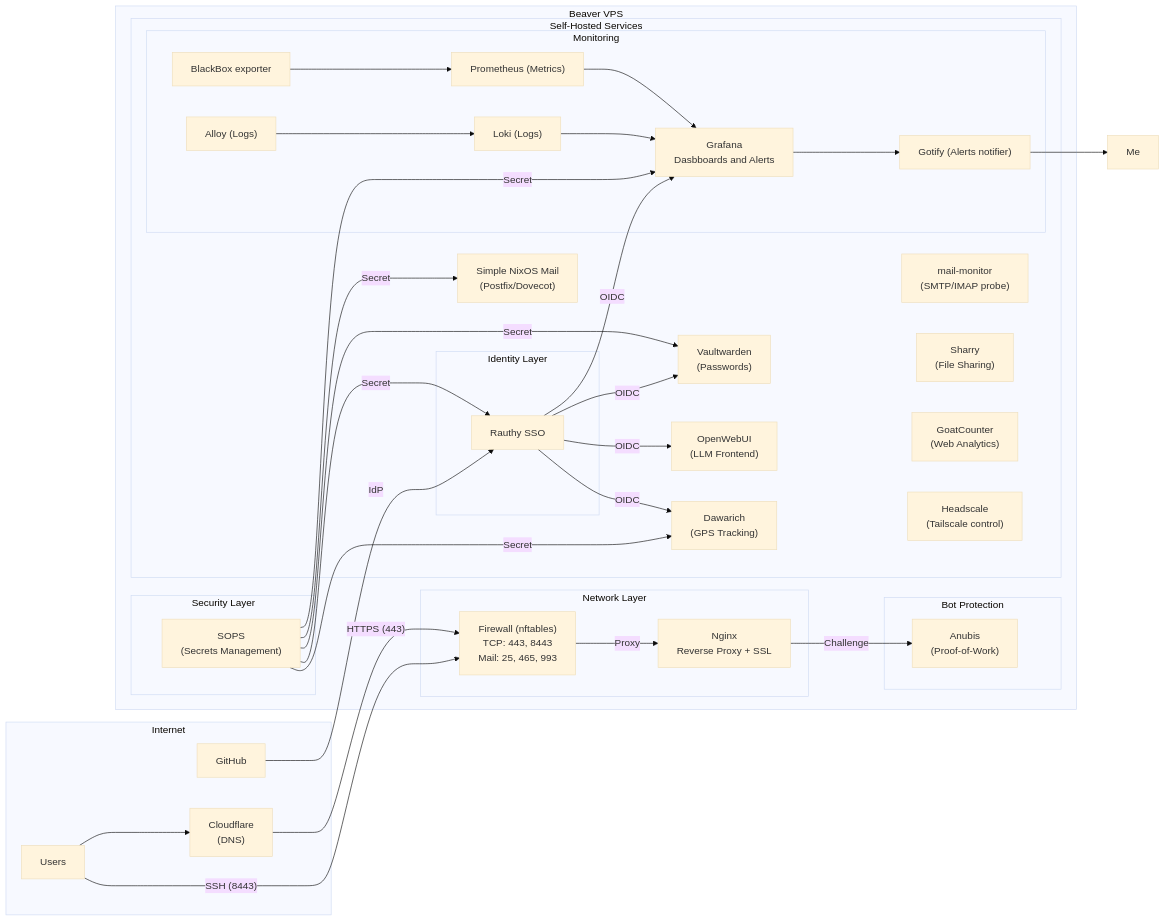
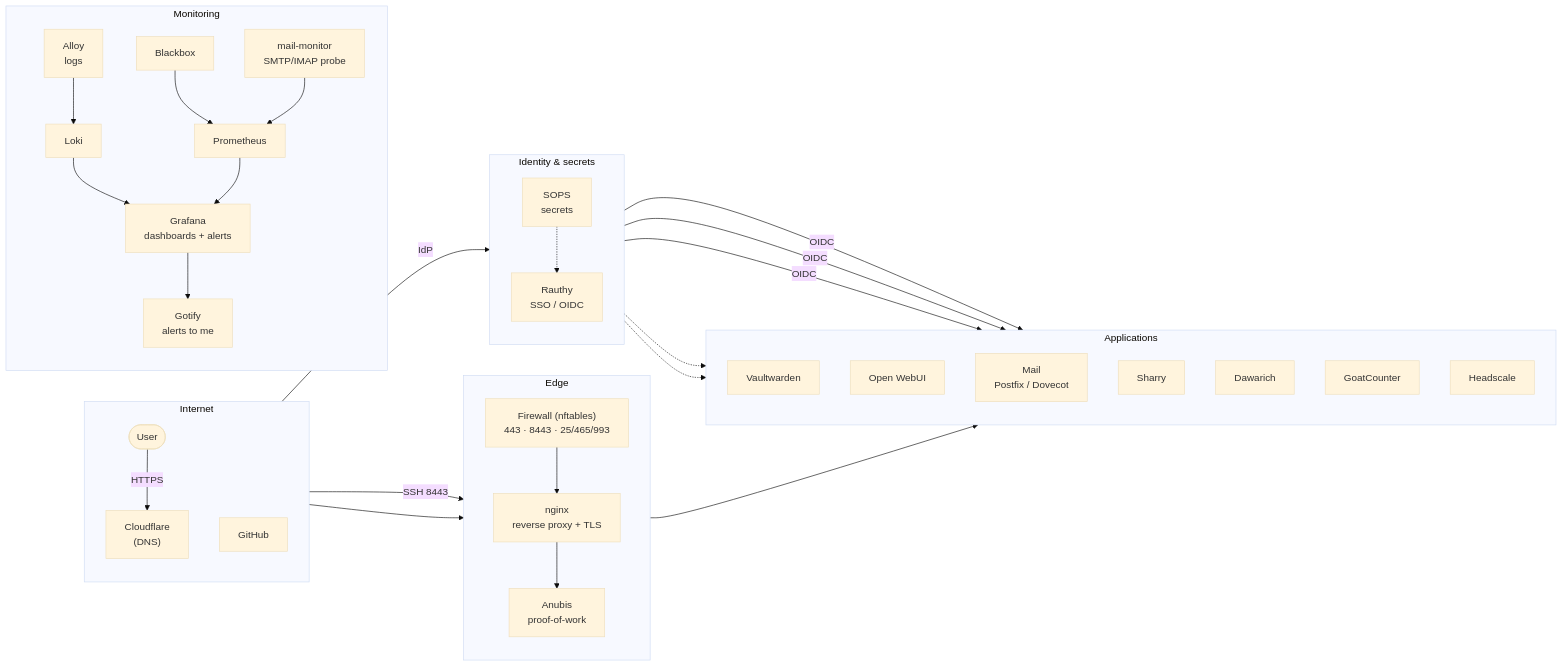
One commit to JustAlternate/nixcfg changed the diagram in README.md. Above: the diagram before and after it, drawn with Mermaid (base theme). The commit also changed 4 other files, not shown here.

First line of the commit message:
redesign beaver infra diagram; remove osu-lazer-telemetry

````diff
--- a/README.md
+++ b/README.md
@@ -39,85 +39,58 @@
 ```mermaid
 flowchart LR
-    Me["Me"]
-    subgraph Internet["Internet"]
-        Users["Users"]
-        GitHub["GitHub"]
-        Cloudflare["Cloudflare<br/>(DNS)"]
+    subgraph Net["Internet"]
+        direction TB
+        User(["User"])
+        GH["GitHub"]
+        CF["Cloudflare<br/>(DNS)"]
     end
 
-    subgraph Beaver["Beaver VPS"]
-        
-        subgraph Network["Network Layer"]
-            Firewall["Firewall (nftables)<br/>TCP: 443, 8443<br/>Mail: 25, 465, 993"]
-            Nginx["Nginx<br/>Reverse Proxy + SSL"]
-        end
-
-        subgraph AntiBot["Bot Protection"]
-            Anubis["Anubis<br/>(Proof-of-Work)"]
-        end
-
-        subgraph Security["Security Layer"]
-            Sops["SOPS<br/>(Secrets Management)"]
-        end
-
-        subgraph Services["Self-Hosted Services"]
-            Vaultwarden["Vaultwarden<br/>(Passwords)"]
-            OpenWebUI["OpenWebUI<br/>(LLM Frontend)"]
-            Mail["Simple NixOS Mail<br/>(Postfix/Dovecot)"]
-            MailMonitor["mail-monitor<br/>(SMTP/IMAP probe)"]
-            Dawarich["Dawarich<br/>(GPS Tracking)"]
-            Sharry["Sharry<br/>(File Sharing)"]
-            GoatCounter["GoatCounter<br/>(Web Analytics)"]
-            Headscale["Headscale<br/>(Tailscale control)"]
-
-            subgraph Monitoring["Monitoring"]
-                Gotify["Gotify (Alerts notifier)"]
-                BlackBox["BlackBox exporter"]
-                Alloy["Alloy (Logs)"]
-                Loki["Loki (Logs)"]
-                Prometheus["Prometheus (Metrics)"]
-                Grafana["Grafana<br/>Dasbboards and Alerts"]
-            end
-
-            subgraph Auth["Identity Layer"]
-                Rauthy["Rauthy SSO<br/>"]
-            end
-        end
+    subgraph Edge["Edge"]
+        direction TB
+        FW["Firewall (nftables)<br/>443 · 8443 · 25/465/993"]
+        NGINX["nginx<br/>reverse proxy + TLS"]
+        ANUBIS["Anubis<br/>proof-of-work"]
     end
 
-    %% External Traffic
-    Users --> Cloudflare
-    Cloudflare -->|"HTTPS (443)"| Firewall
-    Users -->|"SSH (8443)"| Firewall
+    subgraph Id["Identity & secrets"]
+        direction TB
+        RAUTHY["Rauthy<br/>SSO / OIDC"]
+        SOPS["SOPS<br/>secrets"]
+    end
 
-    %% Internal Routing
-    Firewall -->|"Proxy"| Nginx
-    Nginx -->|"Challenge"| Anubis
+    subgraph Apps["Applications"]
+        direction TB
+        VW["Vaultwarden"]
+        OWUI["Open WebUI"]
+        MAIL["Mail<br/>Postfix / Dovecot"]
+        SHARRY["Sharry"]
+        DAW["Dawarich"]
+        GC["GoatCounter"]
+        HS["Headscale"]
+    end
 
-    %% Monitoring Flow
-    BlackBox --> Prometheus
-    Prometheus --> Grafana
-    Alloy --> Loki
-    Loki --> Grafana
+    subgraph Mon["Monitoring"]
+        direction TB
+        ALLOY["Alloy<br/>logs"]
+        LOKI["Loki"]
+        BB["Blackbox"]
+        PROM["Prometheus"]
+        GRAF["Grafana<br/>dashboards + alerts"]
+        MM["mail-monitor<br/>SMTP/IMAP probe"]
+        GOT["Gotify<br/>alerts to me"]
+    end
 
-    Sops -->|"Secret"| Grafana
+    User -->|HTTPS| CF
+    User -->|"SSH 8443"| FW
+    CF --> FW
+    FW --> NGINX --> ANUBIS
+    ANUBIS --> VW
+    GH -->|IdP| RAUTHY
+    RAUTHY -->|OIDC| VW & OWUI & DAW
+    SOPS -.-> VW & MAIL & RAUTHY
 
-    Rauthy -->|"OIDC"| Grafana
-
-    Sops -->|"Secret"| Vaultwarden
-    Sops -->|"Secret"| Mail
-    Sops -->|"Secret"| Rauthy
-
-    GitHub -->|"IdP"| Rauthy
-
-    %% Auth Flow
-    Rauthy -->|"OIDC"| OpenWebUI
-    Rauthy -->|"OIDC"| Dawarich
-    Rauthy -->|"OIDC"| Vaultwarden
-
-    Sops -->|"Secret"| Dawarich
-
-    Grafana --> Gotify
-    Gotify --> Me
-
+    ALLOY --> LOKI --> GRAF
+    BB --> PROM --> GRAF
+    MM --> PROM
+    GRAF --> GOT
 ```
````
